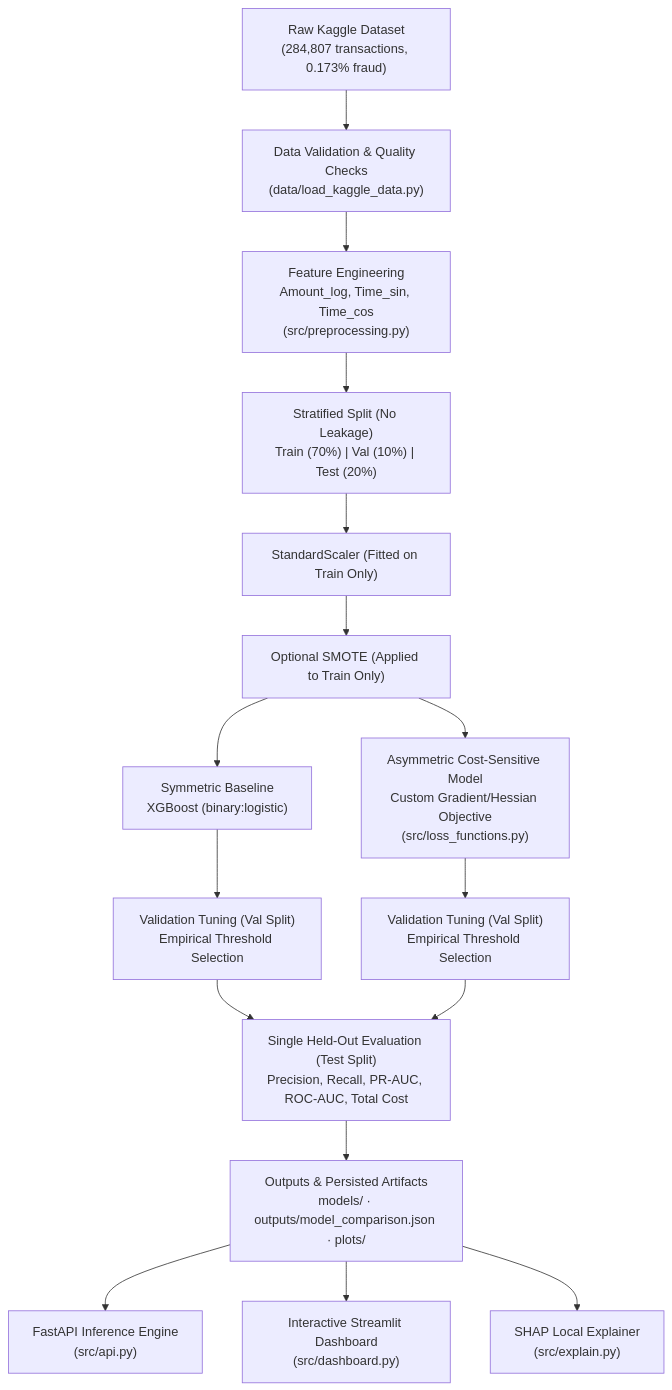
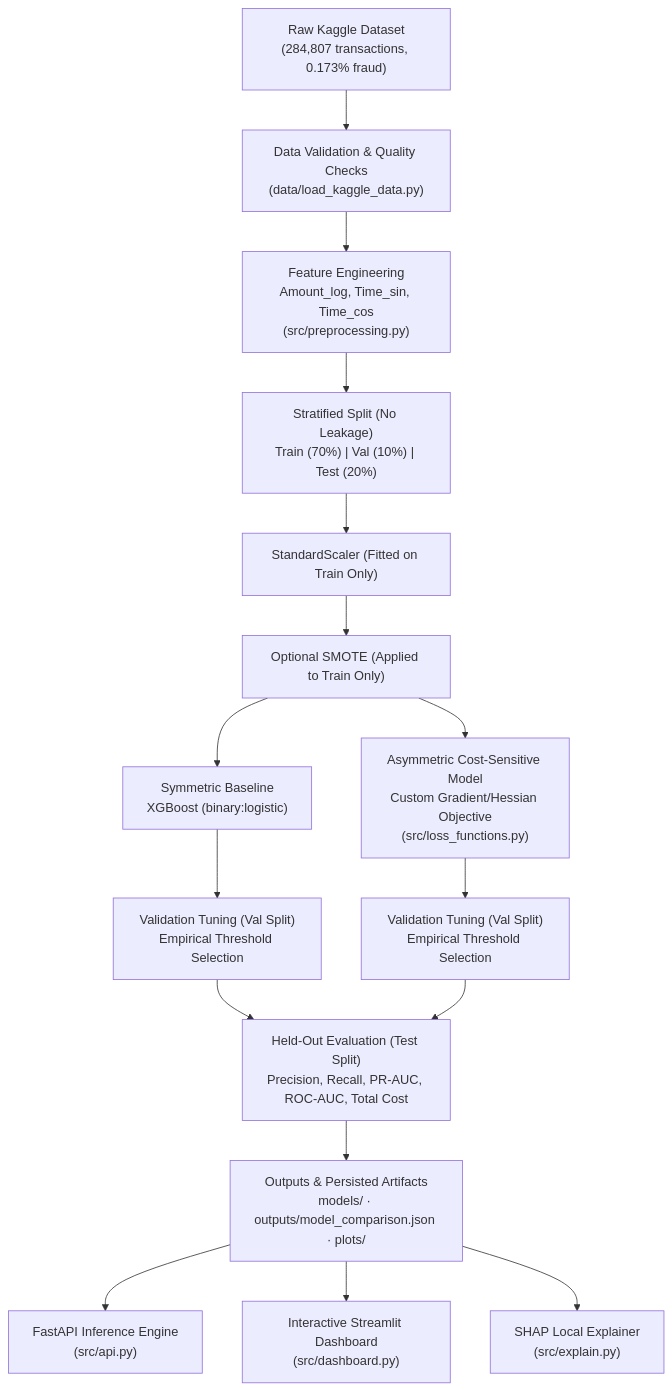
The first of 2 diagrams in README.md (Saumya-Mishra-536/FraudShield_AI), drawn with Mermaid before and after one commit. The commit also changed other lines of this file and 10 other files, not shown here.

````diff
--- a/README.md
+++ b/README.md
@@ -27,24 +27,24 @@
 ```mermaid
 flowchart TD
     A["Raw Kaggle Dataset\n(284,807 transactions, 0.173% fraud)"] --> B["Data Validation & Quality Checks\n(data/load_kaggle_data.py)"]
     B --> C["Feature Engineering\nAmount_log, Time_sin, Time_cos\n(src/preprocessing.py)"]
     C --> D["Stratified Split (No Leakage)\nTrain (70%) | Val (10%) | Test (20%)"]
     
     D --> E1["StandardScaler (Fitted on Train Only)"]
     E1 --> E2["Optional SMOTE (Applied to Train Only)"]
     
     E2 --> F1["Symmetric Baseline\nXGBoost (binary:logistic)"]
     E2 --> F2["Asymmetric Cost-Sensitive Model\nCustom Gradient/Hessian Objective\n(src/loss_functions.py)"]
     
     F1 --> G1["Validation Tuning (Val Split)\nEmpirical Threshold Selection"]
     F2 --> G2["Validation Tuning (Val Split)\nEmpirical Threshold Selection"]
     
-    G1 --> H["Single Held-Out Evaluation (Test Split)\nPrecision, Recall, PR-AUC, ROC-AUC, Total Cost"]
+    G1 --> H["Held-Out Evaluation (Test Split)\nPrecision, Recall, PR-AUC, ROC-AUC, Total Cost"]
     G2 --> H
     
     H --> I["Outputs & Persisted Artifacts\nmodels/ · outputs/model_comparison.json · plots/"]
     
     I --> J1["FastAPI Inference Engine\n(src/api.py)"]
     I --> J2["Interactive Streamlit Dashboard\n(src/dashboard.py)"]
     I --> J3["SHAP Local Explainer\n(src/explain.py)"]
 ```
````
